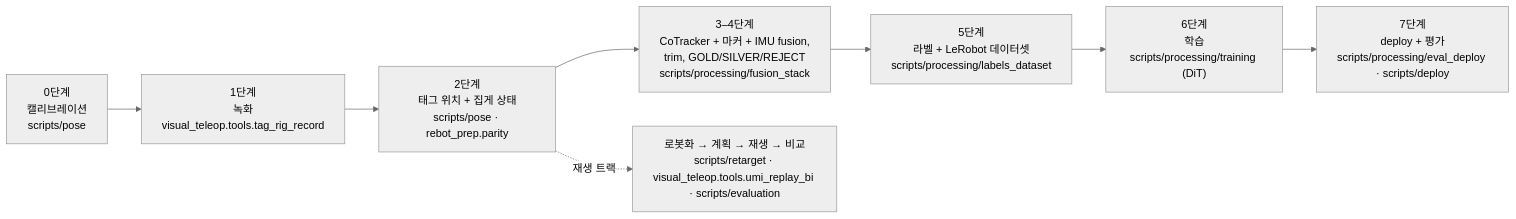
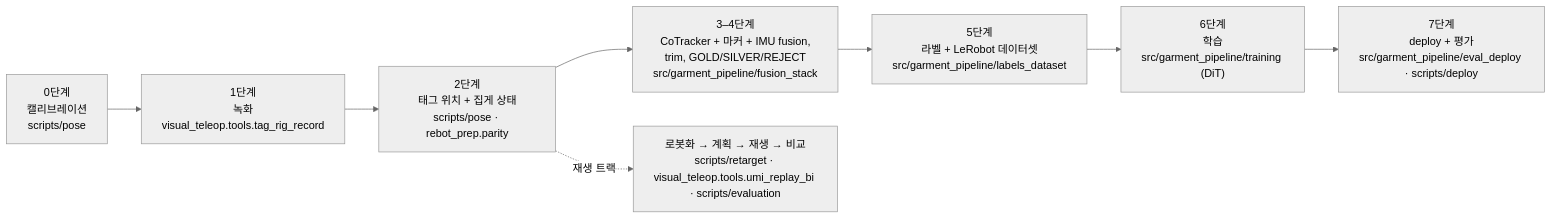
The diagram in README_ko.md (physical-ai-robot-learning/egocentric-garment-manipulation), drawn with Mermaid (neutral theme) before and after one commit. The commit also changed other lines of this file and 63 other files, not shown here.

First line of the commit message:
garment_pipeline: the training-data pipeline as an importable package

````diff
--- a/README_ko.md
+++ b/README_ko.md
@@ -100,10 +102,10 @@
 ```mermaid
 flowchart LR
   A["0단계<br/>캘리브레이션<br/>scripts/pose"] --> B["1단계<br/>녹화<br/>visual_teleop.tools.tag_rig_record"]
   B --> C["2단계<br/>태그 위치 + 집게 상태<br/>scripts/pose · rebot_prep.parity"]
-  C --> D["3–4단계<br/>CoTracker + 마커 + IMU fusion,<br/>trim, GOLD/SILVER/REJECT<br/>scripts/processing/fusion_stack"]
-  D --> E["5단계<br/>라벨 + LeRobot 데이터셋<br/>scripts/processing/labels_dataset"]
-  E --> F["6단계<br/>학습<br/>scripts/processing/training (DiT)"]
-  F --> G["7단계<br/>deploy + 평가<br/>scripts/processing/eval_deploy · scripts/deploy"]
+  C --> D["3–4단계<br/>CoTracker + 마커 + IMU fusion,<br/>trim, GOLD/SILVER/REJECT<br/>src/garment_pipeline/fusion_stack"]
+  D --> E["5단계<br/>라벨 + LeRobot 데이터셋<br/>src/garment_pipeline/labels_dataset"]
+  E --> F["6단계<br/>학습<br/>src/garment_pipeline/training (DiT)"]
+  F --> G["7단계<br/>deploy + 평가<br/>src/garment_pipeline/eval_deploy · scripts/deploy"]
   C -. 재생 트랙 .-> R["로봇화 → 계획 → 재생 → 비교<br/>scripts/retarget · visual_teleop.tools.umi_replay_bi · scripts/evaluation"]
 ```
````
